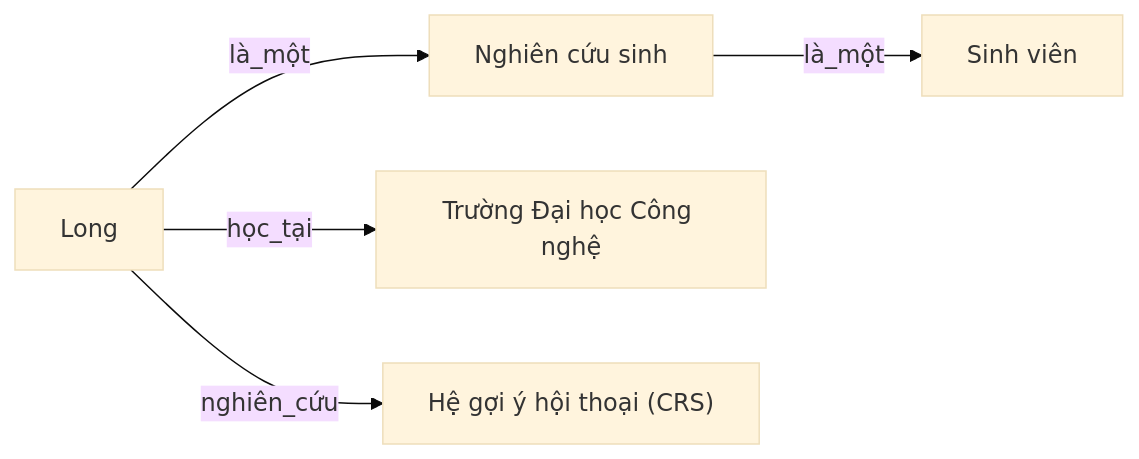
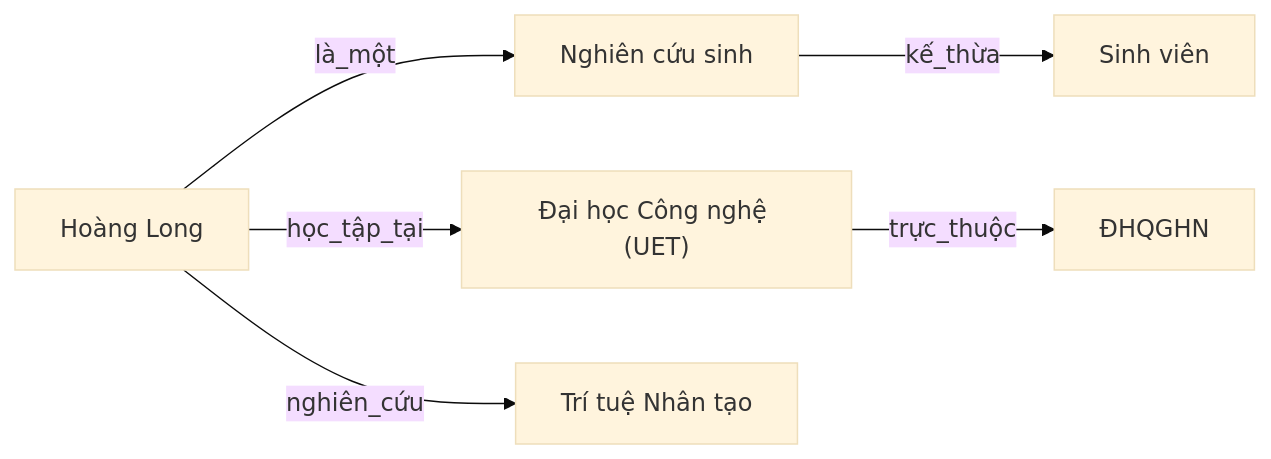
The second of 2 diagrams in docs/bieu-dien-tri-thuc/bai-giang/14-logic-bieu-dien-tri-thuc.md (KazinMintori/StudyHub), drawn with Mermaid (base theme) before and after one commit. The commit also changed other lines of this file and 558 other files, not shown here.

````diff
--- a/docs/bieu-dien-tri-thuc/bai-giang/14-logic-bieu-dien-tri-thuc.md
+++ b/docs/bieu-dien-tri-thuc/bai-giang/14-logic-bieu-dien-tri-thuc.md
@@ -146,7 +231,8 @@
 ```mermaid
 flowchart LR
-    Long["Long"] -->|là_một| NCS["Nghiên cứu sinh"]
-    NCS -->|là_một| SinhVien["Sinh viên"]
-    Long -->|học_tại| UET["Trường Đại học Công nghệ"]
-    Long -->|nghiên_cứu| CRS["Hệ gợi ý hội thoại (CRS)"]
+    Long["Hoàng Long"] -->|là_một| Researcher["Nghiên cứu sinh"]
+    Researcher -->|kế_thừa| Student["Sinh viên"]
+    Long -->|học_tập_tại| UET["Đại học Công nghệ (UET)"]
+    UET -->|trực_thuộc| VNU["ĐHQGHN"]
+    Long -->|nghiên_cứu| AI["Trí tuệ Nhân tạo"]
 ```
````
